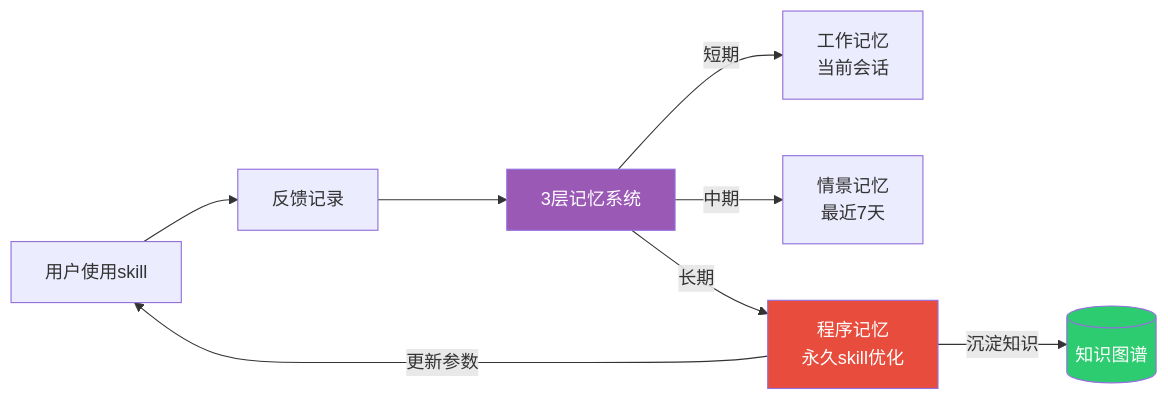
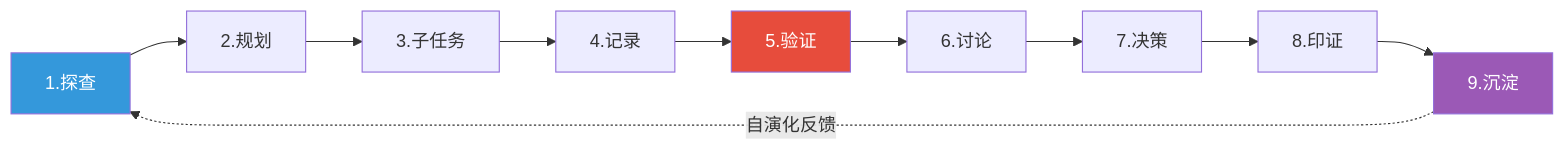
One commit to Madapexai/oh-my-loop changed the second of 2 diagrams in README.md. Above: the diagram before and after it, drawn with Mermaid. The commit also changed other lines of this file and 8 other files, not shown here.

````diff
--- a/README.md
+++ b/README.md
@@ -215,14 +306,16 @@
 ```mermaid
-graph LR
-    U[用户使用skill] --> F[反馈记录]
-    F --> A[3层记忆系统]
-    A -->|短期| WM[工作记忆<br/>当前会话]
-    A -->|中期| EM[情景记忆<br/>最近7天]
-    A -->|长期| PM[程序记忆<br/>永久skill优化]
-    PM -->|更新参数| U
-    PM -->|沉淀知识| K[(知识图谱)]
-    
-    style A fill:#9b59b6,color:#fff
-    style PM fill:#e74c3c,color:#fff
-    style K fill:#2ecc71,color:#fff
+flowchart LR
+    P[1.探查] --> PL[2.规划]
+    PL --> D[3.子任务]
+    D --> R[4.记录]
+    R --> V[5.验证]
+    V --> DI[6.讨论]
+    DI --> DE[7.决策]
+    DE --> C[8.印证]
+    C --> PR[9.沉淀]
+    PR -.->|"自演化反馈"| P
+
+    style P fill:#3498db,color:#fff
+    style V fill:#e74c3c,color:#fff
+    style PR fill:#9b59b6,color:#fff
 ```
````
